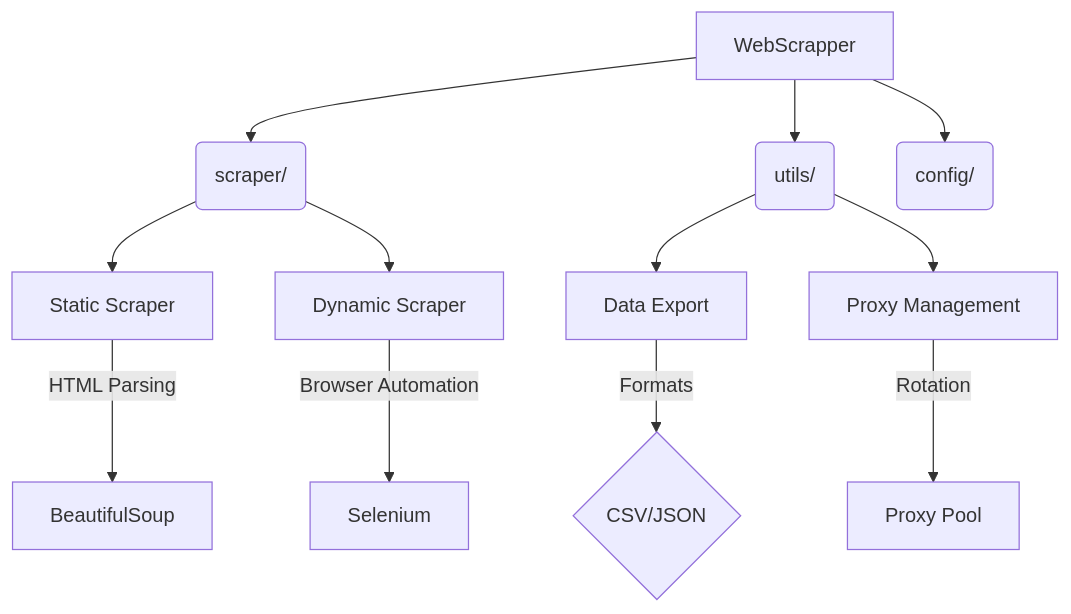
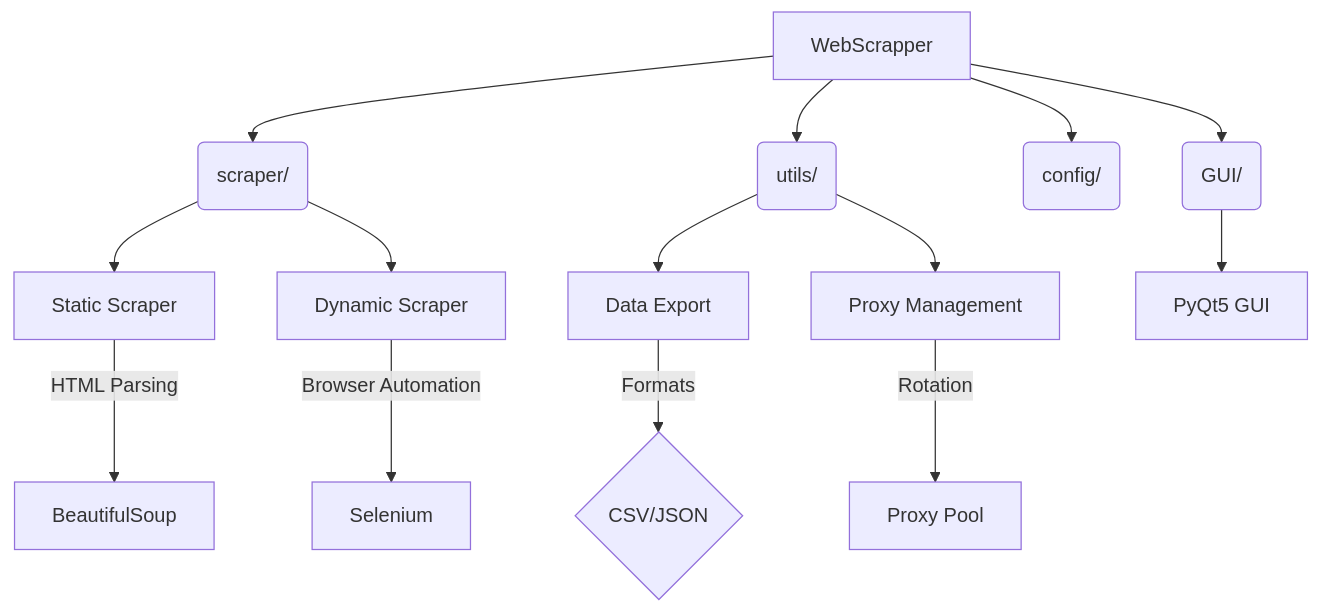
Before and after one commit to SakshiBishnoi/WebScrapper: the diagram in README.md, drawn with Mermaid. The commit also changed other lines of this file and 1 other file, not shown here.

````diff
--- a/README.md
+++ b/README.md
@@ -119,17 +168,16 @@
 ```mermaid
 flowchart TD
     A[WebScrapper] --> B(scraper/)
     A --> C(utils/)
     A --> D(config/)
-    
+    A --> M(GUI/)
     B --> E[Static Scraper]
     B --> F[Dynamic Scraper]
-    
     C --> G[Data Export]
     C --> H[Proxy Management]
-    
     E -->|HTML Parsing| I[BeautifulSoup]
     F -->|Browser Automation| J[Selenium]
     G -->|Formats| K{CSV/JSON}
     H -->|Rotation| L[Proxy Pool]
+    M --> N[PyQt5 GUI]
 ```
````
